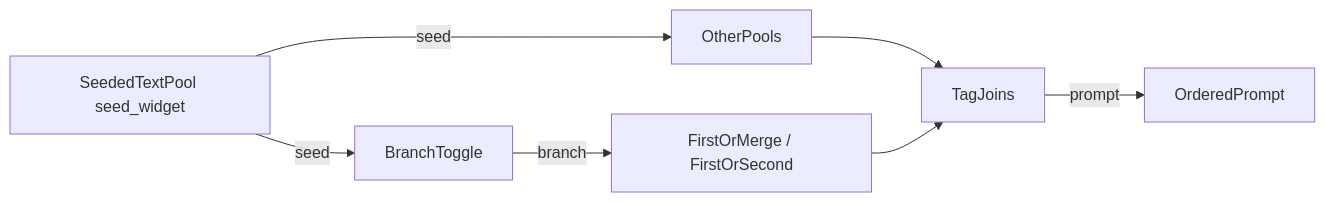
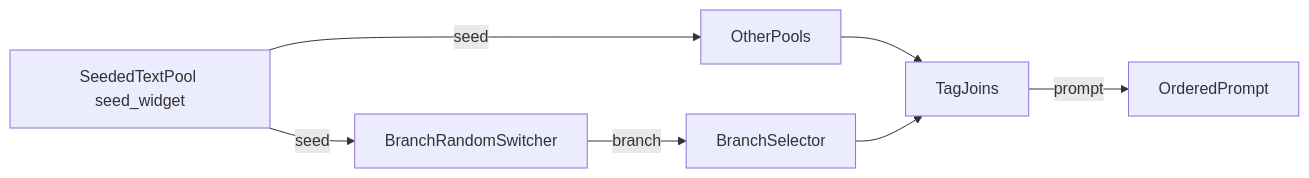
One commit to Cueuler/dynamic_prompt_engine changed the diagram in README.md. Above: the diagram before and after it, drawn with Mermaid. The commit also changed other lines of this file, not shown here.

Commit message:
Document generic branch nodes

````diff
--- a/README.md
+++ b/README.md
@@ -9,9 +9,9 @@
 ```mermaid
 flowchart LR
   rootPool["SeededTextPool seed_widget"] -->|"seed"| pools[OtherPools]
-  rootPool -->|"seed"| toggle[BranchToggle]
+  rootPool -->|"seed"| switcher[BranchRandomSwitcher]
   pools --> joins[TagJoins]
-  toggle -->|"branch"| select[FirstOrMerge / FirstOrSecond]
-  select --> joins
+  switcher -->|"branch"| selector[BranchSelector]
+  selector --> joins
   joins -->|"prompt"| finalPrompt[OrderedPrompt]
 ```
````
